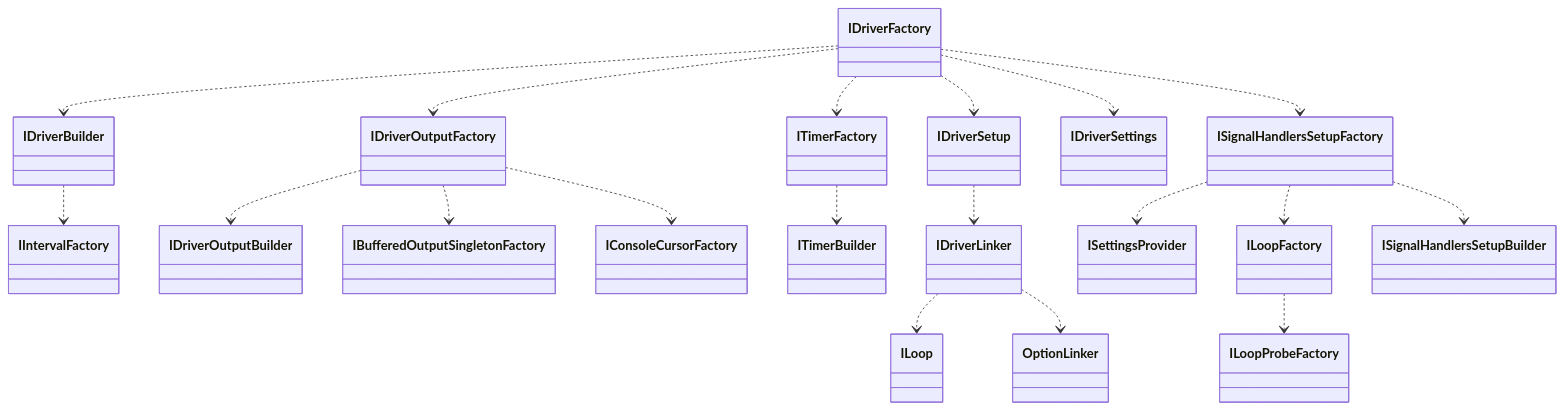
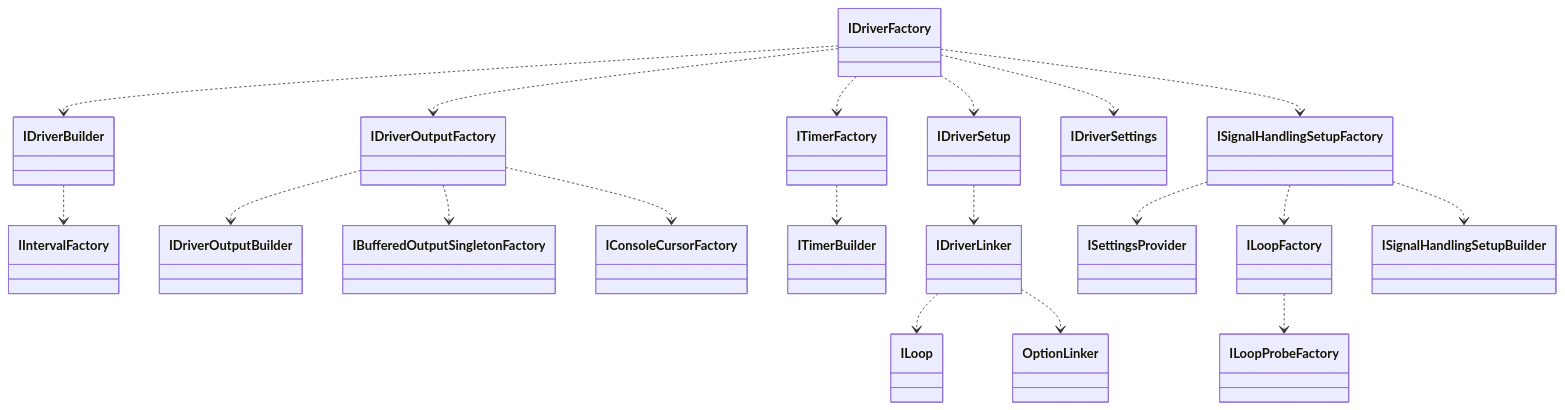
Before and after one commit to alecrabbit/php-console-spinner: the third of 4 diagrams in doc/info/chart/services.md, drawn with Mermaid. The commit also changed 41 other files, not shown here.

````diff
--- a/doc/info/chart/services.md
+++ b/doc/info/chart/services.md
@@ -72,30 +72,30 @@
 ```mermaid
 classDiagram
     direction TB
     IDriverFactory ..> IDriverBuilder
     IDriverFactory ..> IDriverOutputFactory
     IDriverFactory ..> ITimerFactory
     IDriverFactory ..> IDriverSetup
     IDriverFactory ..> IDriverSettings
-    IDriverFactory ..> ISignalHandlersSetupFactory
+    IDriverFactory ..> ISignalHandlingSetupFactory
     
     IDriverBuilder ..> IIntervalFactory
     
-    ISignalHandlersSetupFactory ..> ISettingsProvider
-    ISignalHandlersSetupFactory ..> ILoopFactory
-    ISignalHandlersSetupFactory ..> ISignalHandlersSetupBuilder
+    ISignalHandlingSetupFactory ..> ISettingsProvider
+    ISignalHandlingSetupFactory ..> ILoopFactory
+    ISignalHandlingSetupFactory ..> ISignalHandlingSetupBuilder
     
     IDriverOutputFactory ..> IDriverOutputBuilder
     IDriverOutputFactory ..> IBufferedOutputSingletonFactory
     IDriverOutputFactory ..> IConsoleCursorFactory
 
     ITimerFactory ..> ITimerBuilder
     
     IDriverSetup ..> IDriverLinker
     
     IDriverLinker ..> ILoop
     IDriverLinker ..> OptionLinker
 
     ILoopFactory ..> ILoopProbeFactory
 
 ```
````
